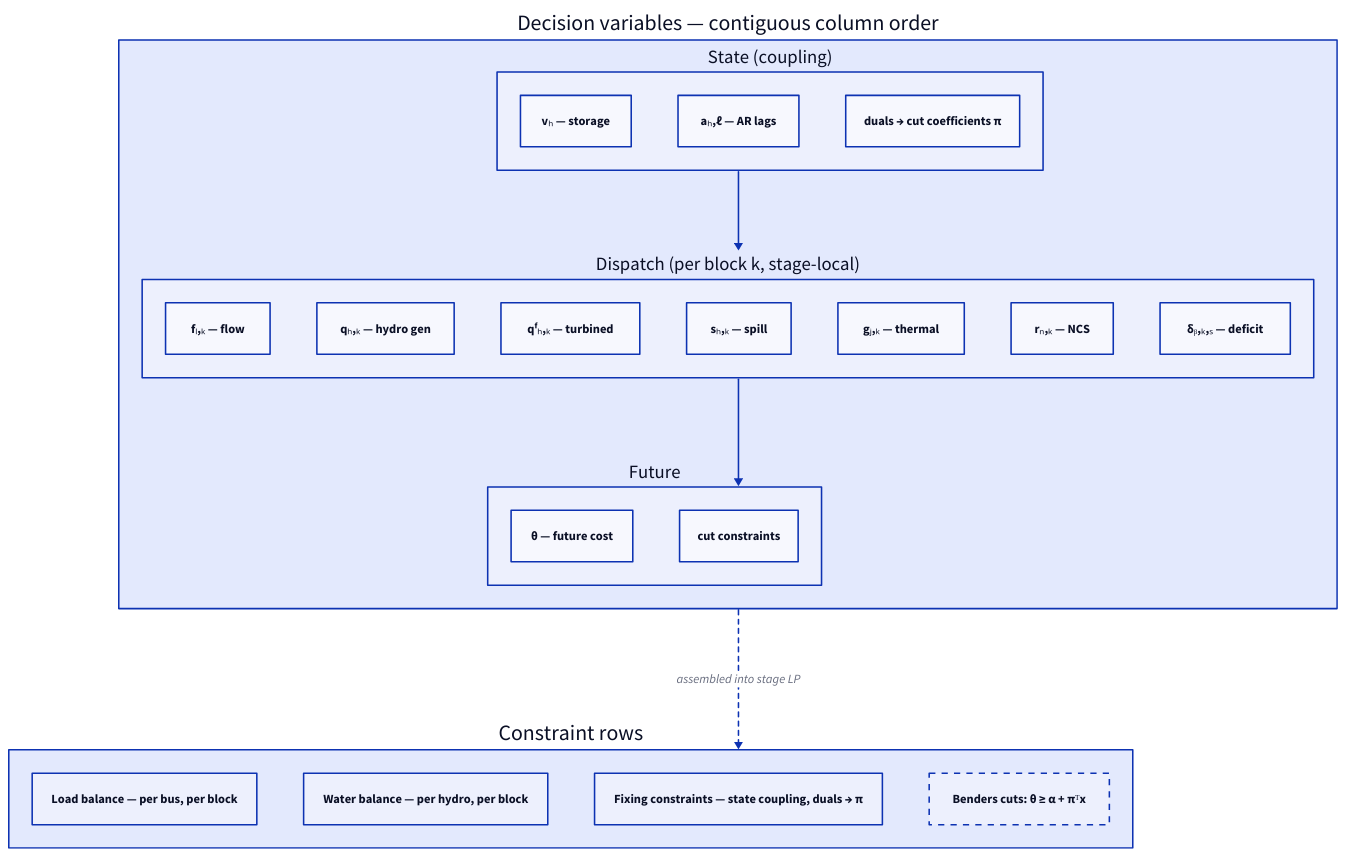
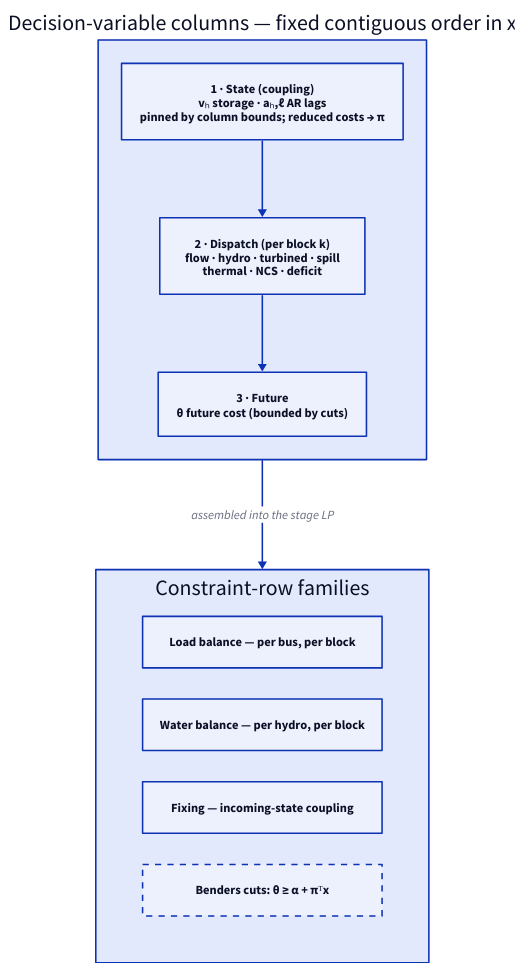
The diagram in src/content/docs/math/lp-formulation.md (cobre-rs/cobre-docs), drawn with D2 before and after one commit. The commit also changed 1 other file, not shown here.

Commit message:
docs(lp): compact the LP column/row layout diagram; record d2 layout gotchas
The LP column/row diagram had 7 giant dispatch boxes in a row plus a wide
constraint-row row, overflowing the column at 1604px with oversized elements.
Rebuild it as compact vertical column-blocks (state -> dispatch -> future, in
order, dispatch variables listed inline) and grid-stack the constraint-row
families. Now 734px: fits the column, 16px text, readable.

Record the ELK layout gotchas that drove this and the recent redesigns in
diagram-authoring.md §4.7: root-level `classes`, `grid-columns: 1` to stack
disconnected nodes, edge-connect sibling containers to stack them, and container
titles setting the minimum width.

Claude-Session: https://claude.ai/code/session_01K8wmW6TMUcETBDk1Utw5oN

````diff
--- a/src/content/docs/math/lp-formulation.md
+++ b/src/content/docs/math/lp-formulation.md
@@ -250,35 +250,20 @@
 ```d2
 direction: down
 
-columns: "Decision variables — contiguous column order" {
-  state: "State (coupling)" {
-    vh: "vₕ  —  storage"
-    al: "aₕ,ℓ  —  AR lags"
-    note: "duals → cut coefficients π"
-  }
-  dispatch: "Dispatch (per block k, stage-local)" {
-    f: "fₗ,ₖ  —  flow"
-    q: "qₕ,ₖ  —  hydro gen"
-    qf: "qᶠₕ,ₖ  —  turbined"
-    s: "sₕ,ₖ  —  spill"
-    g: "gⱼ,ₖ  —  thermal"
-    r: "rₙ,ₖ  —  NCS"
-    d: "δᵦ,ₖ,ₛ  —  deficit"
-  }
-  future: "Future" {
-    theta: "θ  —  future cost"
-    note: "cut constraints"
-  }
-  state -> dispatch
-  dispatch -> future
+columns: "Decision-variable columns — fixed contiguous order in x" {
+  state: "1 · State (coupling)\nvₕ storage · aₕ,ℓ AR lags\npinned by column bounds; reduced costs → π"
+  dispatch: "2 · Dispatch (per block k)\nflow · hydro · turbined · spill\nthermal · NCS · deficit"
+  future: "3 · Future\nθ future cost (bounded by cuts)"
+  state -> dispatch -> future
 }
 
-rows: "Constraint rows" {
-  lb: "Load balance  —  per bus, per block"
-  wb: "Water balance  —  per hydro, per block"
-  fix: "Fixing constraints  —  state coupling, duals → π"
+rows: "Constraint-row families" {
+  grid-columns: 1
+  lb: "Load balance — per bus, per block"
+  wb: "Water balance — per hydro, per block"
+  fix: "Fixing — incoming-state coupling"
   cut: "Benders cuts:  θ ≥ α + πᵀx" {style.stroke-dash: 4}
 }
 
-columns -> rows: "assembled into stage LP" {style.stroke-dash: 3}
+columns -> rows: "assembled into the stage LP"
 ```
````
